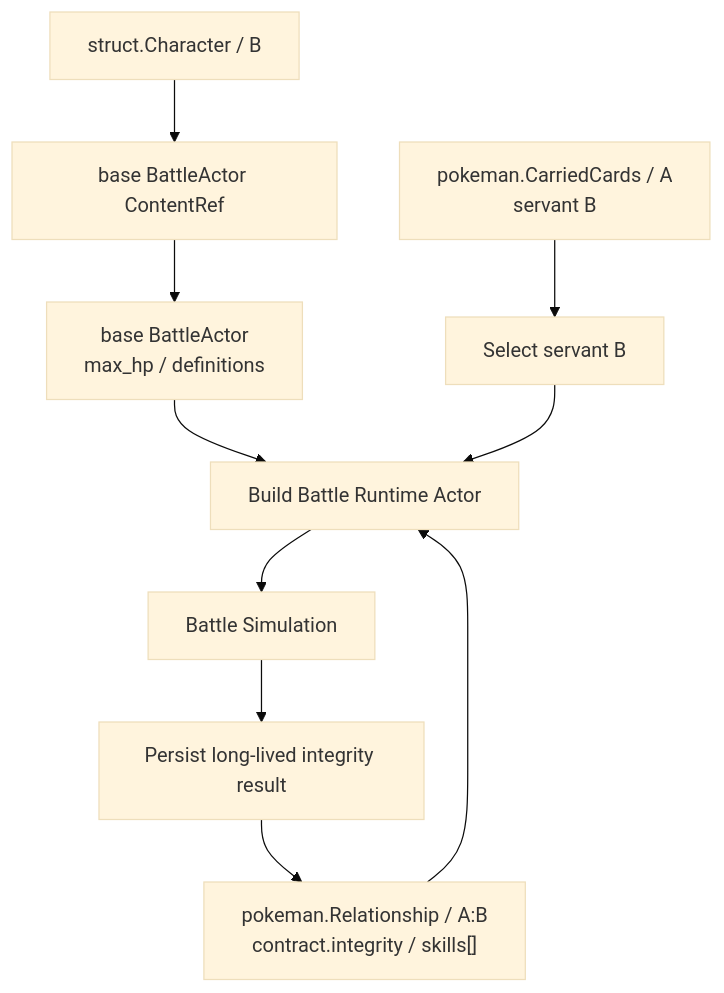
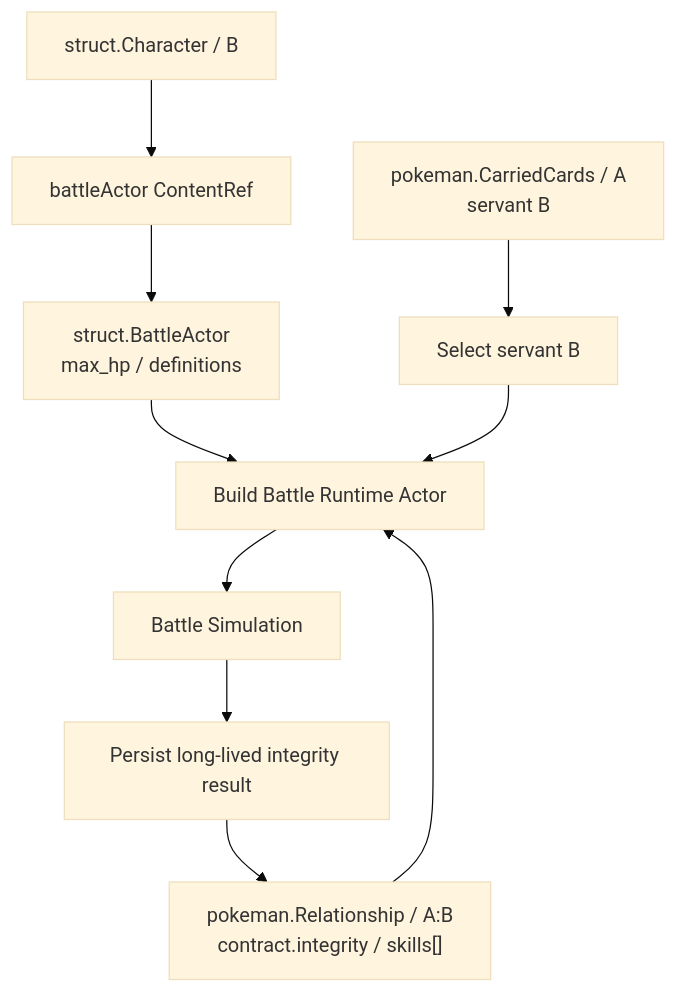
Before and after one commit to lithdoo/loom-realm: the ninth of 11 diagrams in examples/PokeMan/doc/65-data-model-diagram.md, drawn with Mermaid (base theme). The commit also changed other lines of this file, not shown here.

Commit message:
docs(PokeMan): sync data model diagram

````diff
--- a/examples/PokeMan/doc/65-data-model-diagram.md
+++ b/examples/PokeMan/doc/65-data-model-diagram.md
@@ -250,12 +272,12 @@
 ```mermaid
 flowchart TD
   Carried["pokeman.CarriedCards / A\nservant B"] --> Select["Select servant B"]
   Contract["pokeman.Relationship / A:B\ncontract.integrity / skills[]"] --> Build["Build Battle Runtime Actor"]
-  Character["struct.Character / B"] --> ActorRef["base BattleActor ContentRef"]
-  ActorRef --> BaseActor["base BattleActor\nmax_hp / definitions"]
+  Character["struct.Character / B"] --> ActorRef["battleActor ContentRef"]
+  ActorRef --> BaseActor["struct.BattleActor\nmax_hp / definitions"]
   BaseActor --> Build
   Select --> Build
   Build --> Battle["Battle Simulation"]
   Battle --> Persist["Persist long-lived integrity result"]
   Persist --> Contract
 ```
````
